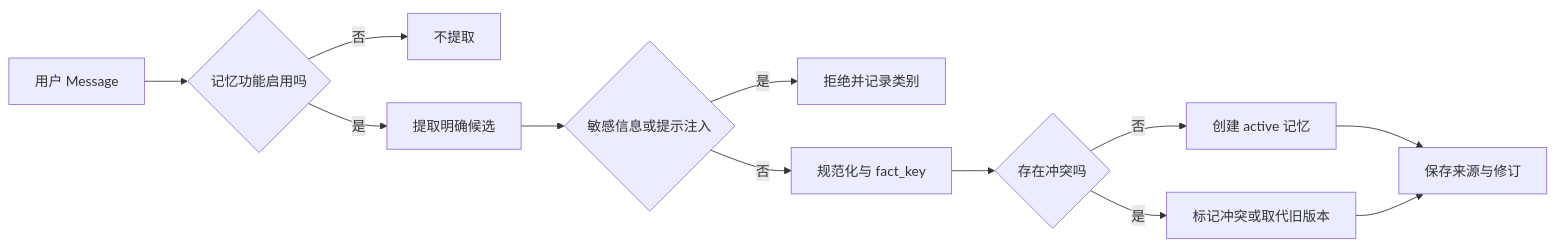
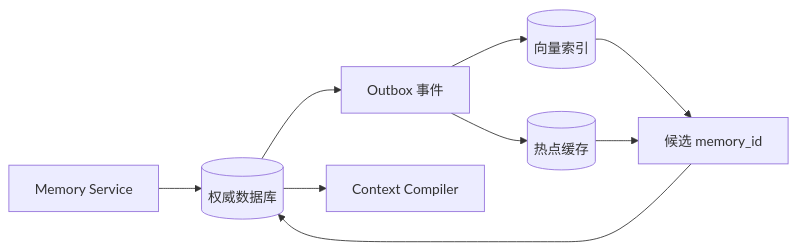
The second of 2 diagrams in docs/ai-agent/memory-architecture-retrieval.md (upJiang/jiang-blog-vitepress), drawn with Mermaid before and after one commit. The commit also changed other lines of this file and 365 other files, not shown here.

````diff
--- a/docs/ai-agent/memory-architecture-retrieval.md
+++ b/docs/ai-agent/memory-architecture-retrieval.md
@@ -112,14 +144,11 @@
 ```mermaid
 flowchart LR
-    A[用户 Message] --> B{记忆功能启用吗}
-    B -->|否| C[不提取]
-    B -->|是| D[提取明确候选]
-    D --> E{敏感信息或提示注入}
-    E -->|是| F[拒绝并记录类别]
-    E -->|否| G[规范化与 fact_key]
-    G --> H{存在冲突吗}
-    H -->|否| I[创建 active 记忆]
-    H -->|是| J[标记冲突或取代旧版本]
-    I --> K[保存来源与修订]
-    J --> K
+    A[Memory Service] --> B[(权威数据库)]
+    B --> C[Outbox 事件]
+    C --> D[(向量索引)]
+    C --> E[(热点缓存)]
+    D --> F[候选 memory_id]
+    E --> F
+    F --> B
+    B --> G[Context Compiler]
 ```
````
